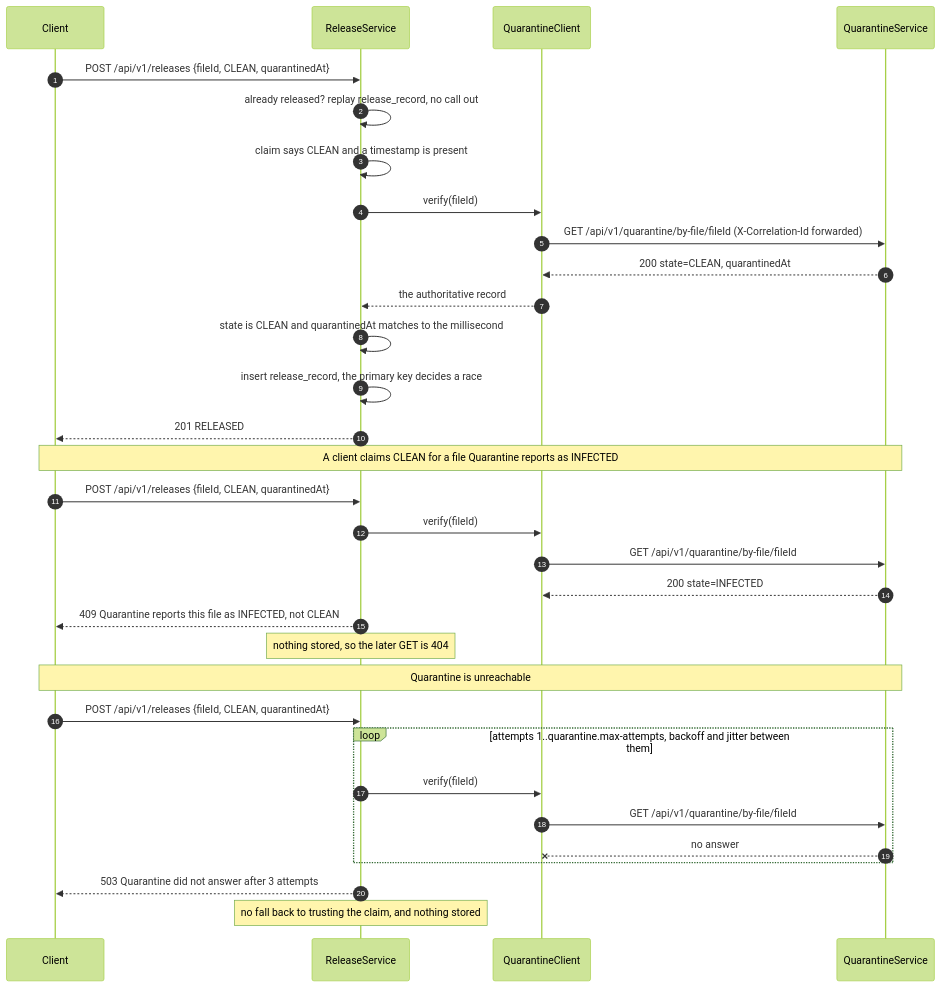
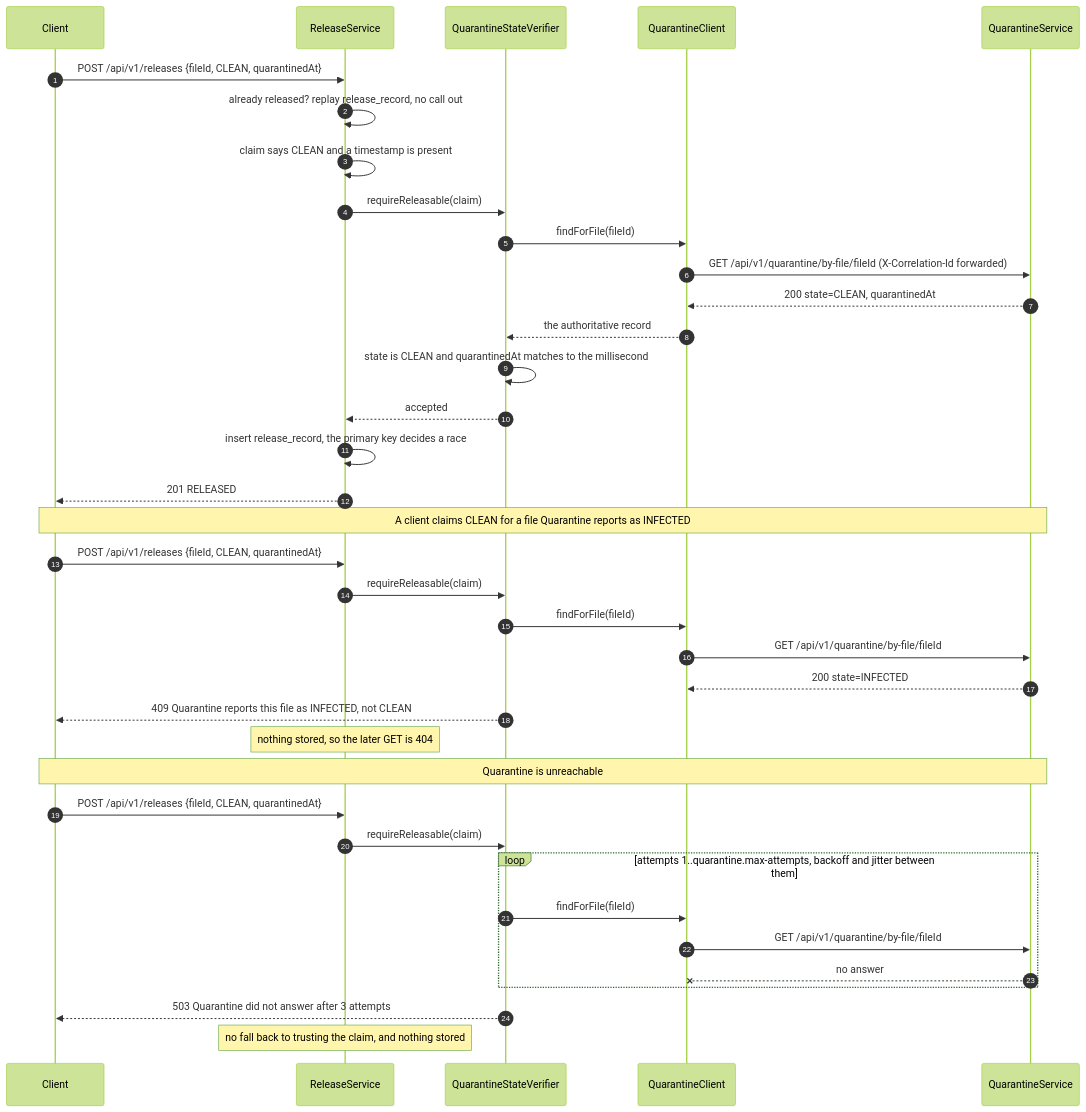
Before and after one commit to 2025tm93006/scalable-services-assignment: the third of 9 diagrams in docs/architecture.md, drawn with Mermaid (forest theme). The commit also changed other lines of this file and 17 other files, not shown here.

````diff
--- a/docs/architecture.md
+++ b/docs/architecture.md
@@ -151,37 +151,42 @@
 ```mermaid
 sequenceDiagram
     autonumber
     participant C as Client
     participant R as ReleaseService
+    participant V as QuarantineStateVerifier
     participant QC as QuarantineClient
     participant Q as QuarantineService
 
     C->>R: POST /api/v1/releases {fileId, CLEAN, quarantinedAt}
     R->>R: already released? replay release_record, no call out
     R->>R: claim says CLEAN and a timestamp is present
-    R->>QC: verify(fileId)
+    R->>V: requireReleasable(claim)
+    V->>QC: findForFile(fileId)
     QC->>Q: GET /api/v1/quarantine/by-file/fileId (X-Correlation-Id forwarded)
     Q-->>QC: 200 state=CLEAN, quarantinedAt
-    QC-->>R: the authoritative record
-    R->>R: state is CLEAN and quarantinedAt matches to the millisecond
+    QC-->>V: the authoritative record
+    V->>V: state is CLEAN and quarantinedAt matches to the millisecond
+    V-->>R: accepted
     R->>R: insert release_record, the primary key decides a race
     R-->>C: 201 RELEASED
 
     Note over C,Q: A client claims CLEAN for a file Quarantine reports as INFECTED
     C->>R: POST /api/v1/releases {fileId, CLEAN, quarantinedAt}
-    R->>QC: verify(fileId)
+    R->>V: requireReleasable(claim)
+    V->>QC: findForFile(fileId)
     QC->>Q: GET /api/v1/quarantine/by-file/fileId
     Q-->>QC: 200 state=INFECTED
-    R-->>C: 409 Quarantine reports this file as INFECTED, not CLEAN
+    V-->>C: 409 Quarantine reports this file as INFECTED, not CLEAN
     Note over R: nothing stored, so the later GET is 404
 
     Note over C,Q: Quarantine is unreachable
     C->>R: POST /api/v1/releases {fileId, CLEAN, quarantinedAt}
+    R->>V: requireReleasable(claim)
     loop attempts 1..quarantine.max-attempts, backoff and jitter between them
-        R->>QC: verify(fileId)
+        V->>QC: findForFile(fileId)
         QC->>Q: GET /api/v1/quarantine/by-file/fileId
         Q--xQC: no answer
     end
-    R-->>C: 503 Quarantine did not answer after 3 attempts
+    V-->>C: 503 Quarantine did not answer after 3 attempts
     Note over R: no fall back to trusting the claim, and nothing stored
 ```
````
